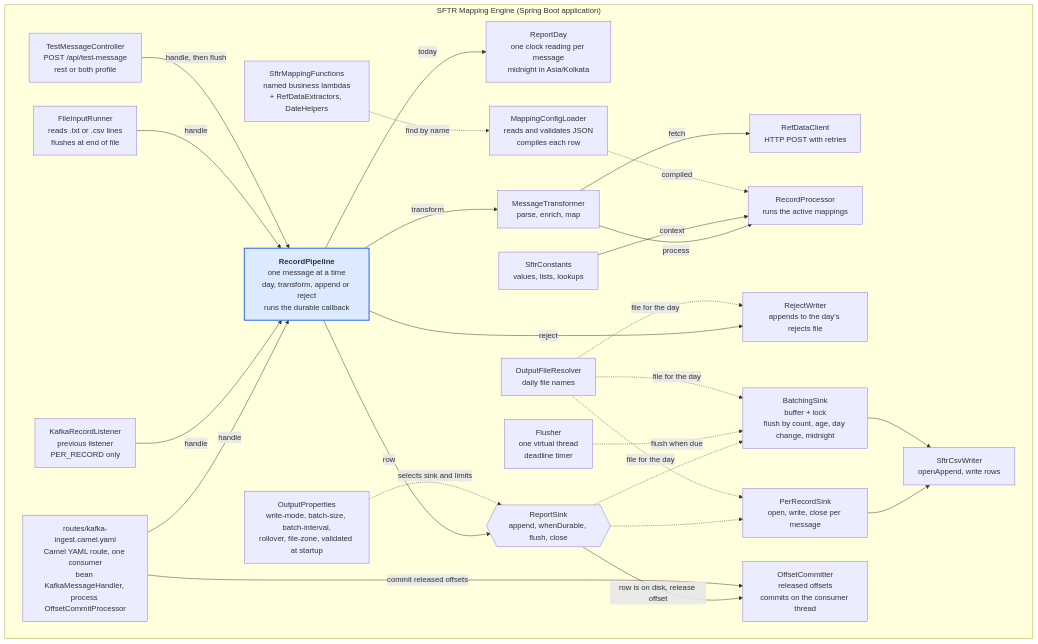
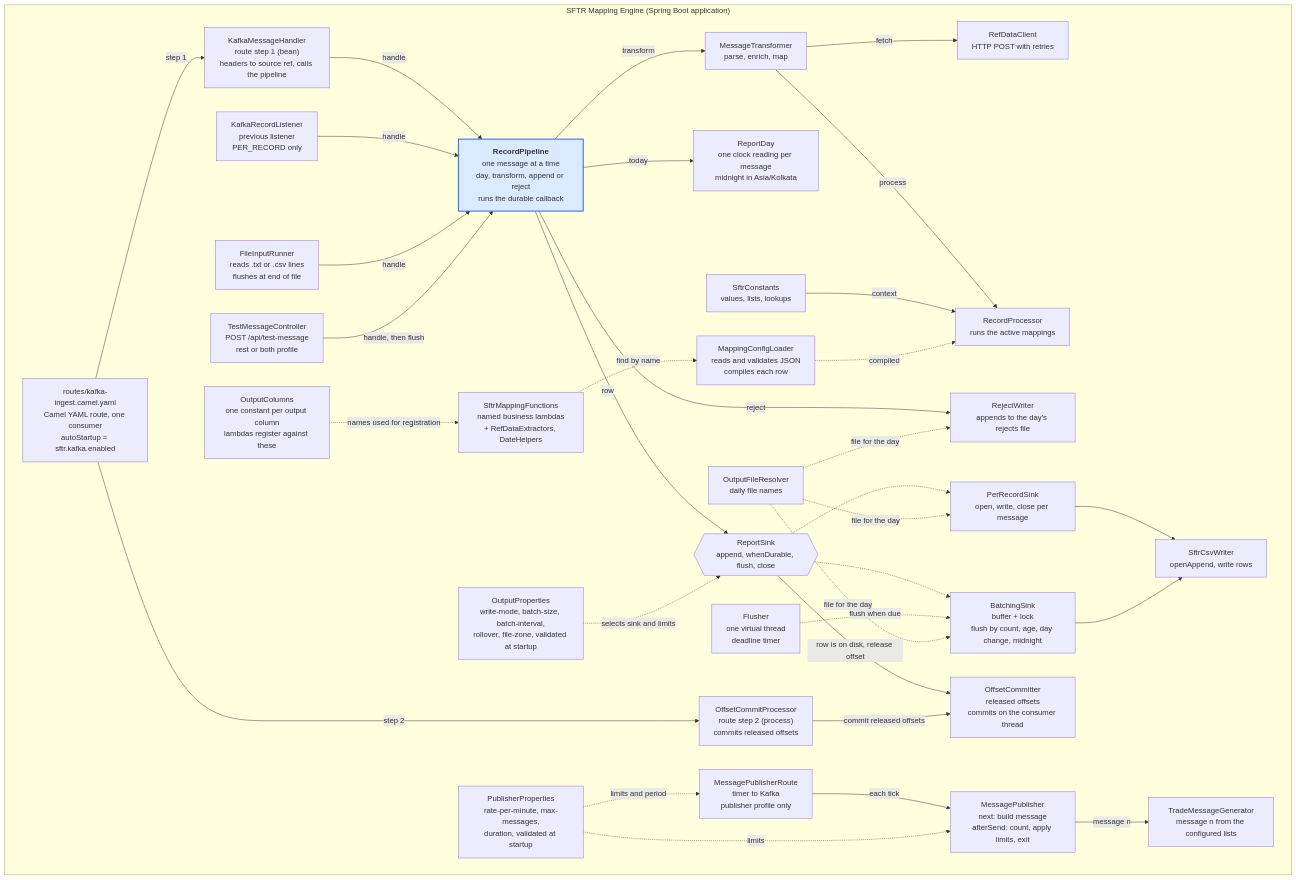
Before and after one commit to shanregs/msg-transformer: the third of 13 diagrams in docs/c4-architecture.md, drawn with Mermaid. The commit also changed other lines of this file and 3 other files, not shown here.

First line of the commit message:
Docs: refresh architecture, design and C4 for the YAML route, publisher and LOGIC type

````diff
--- a/docs/c4-architecture.md
+++ b/docs/c4-architecture.md
@@ -44,53 +46,67 @@
 ```mermaid
 flowchart TB
     subgraph engine["SFTR Mapping Engine (Spring Boot application)"]
-        route["routes/kafka-ingest.camel.yaml<br/>Camel YAML route, one consumer<br/>bean KafkaMessageHandler, process OffsetCommitProcessor"]
+        route["routes/kafka-ingest.camel.yaml<br/>Camel YAML route, one consumer<br/>autoStartup = sftr.kafka.enabled"]
+        handler["KafkaMessageHandler<br/>route step 1 (bean)<br/>headers to source ref, calls the pipeline"]
+        cproc["OffsetCommitProcessor<br/>route step 2 (process)<br/>commits released offsets"]
         legacy["KafkaRecordListener<br/>previous listener<br/>PER_RECORD only"]
         file["FileInputRunner<br/>reads .txt or .csv lines<br/>flushes at end of file"]
         rest["TestMessageController<br/>POST /api/test-message<br/>rest or both profile"]
         pipe["<b>RecordPipeline</b><br/>one message at a time<br/>day, transform, append or reject<br/>runs the durable callback"]
         day["ReportDay<br/>one clock reading per message<br/>midnight in Asia/Kolkata"]
         tf["MessageTransformer<br/>parse, enrich, map"]
         ref["RefDataClient<br/>HTTP POST with retries"]
         proc["RecordProcessor<br/>runs the active mappings"]
         sink{{"ReportSink<br/>append, whenDurable, flush, close"}}
         per["PerRecordSink<br/>open, write, close per message"]
         batch["BatchingSink<br/>buffer + lock<br/>flush by count, age, day change, midnight"]
         timer["Flusher<br/>one virtual thread<br/>deadline timer"]
         rej["RejectWriter<br/>appends to the day's rejects file"]
         csv["SftrCsvWriter<br/>openAppend, write rows"]
         files["OutputFileResolver<br/>daily file names"]
         commit["OffsetCommitter<br/>released offsets<br/>commits on the consumer thread"]
         props["OutputProperties<br/>write-mode, batch-size, batch-interval,<br/>rollover, file-zone, validated at startup"]
         loader["MappingConfigLoader<br/>reads and validates JSON<br/>compiles each row"]
         fns["SftrMappingFunctions<br/>named business lambdas<br/>+ RefDataExtractors, DateHelpers"]
+        cols["OutputColumns<br/>one constant per output column<br/>lambdas register against these"]
         consts["SftrConstants<br/>values, lists, lookups"]
+        ptimer["MessagePublisherRoute<br/>timer to Kafka<br/>publisher profile only"]
+        pub["MessagePublisher<br/>next: build message<br/>afterSend: count, apply limits, exit"]
+        gen["TradeMessageGenerator<br/>message n from the configured lists"]
+        pprops["PublisherProperties<br/>rate-per-minute, max-messages,<br/>duration, validated at startup"]
 
-        route -->|handle| pipe
+        route -->|step 1| handler
+        handler -->|handle| pipe
+        route -->|step 2| cproc
         legacy -->|handle| pipe
         file -->|handle| pipe
         rest -->|handle, then flush| pipe
         pipe -->|today| day
         pipe -->|transform| tf
         tf -->|fetch| ref
         tf -->|process| proc
         consts -->|context| proc
         pipe -->|row| sink
         pipe -->|reject| rej
         sink -.-> per
         sink -.-> batch
         timer -.->|flush when due| batch
         per --> csv
         batch --> csv
         files -.->|file for the day| per
         files -.->|file for the day| batch
         files -.->|file for the day| rej
         sink -->|row is on disk, release offset| commit
-        route -->|commit released offsets| commit
+        cproc -->|commit released offsets| commit
         props -.->|selects sink and limits| sink
         loader -.->|compiled| proc
         fns -.->|find by name| loader
+        cols -.->|names used for registration| fns
+        ptimer -->|each tick| pub
+        pub -->|message n| gen
+        pprops -.->|limits and period| ptimer
+        pprops -.->|limits| pub
     end
 
     style pipe fill:#dbeafe,stroke:#2563eb,stroke-width:2px
 ```
````
